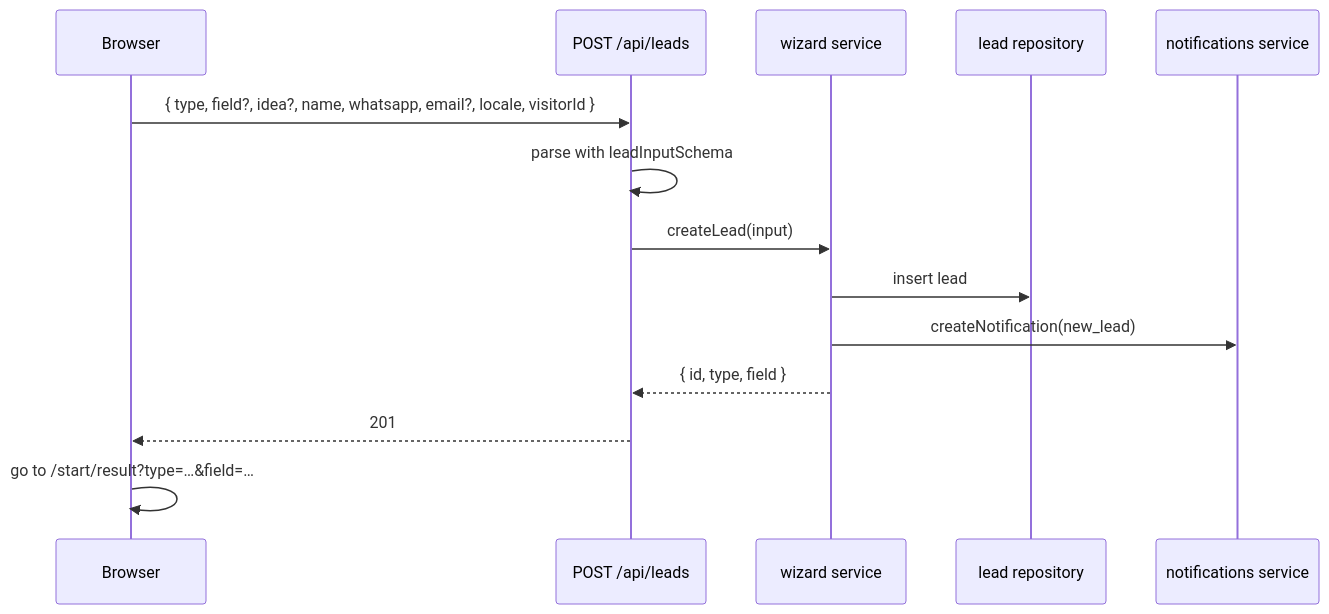
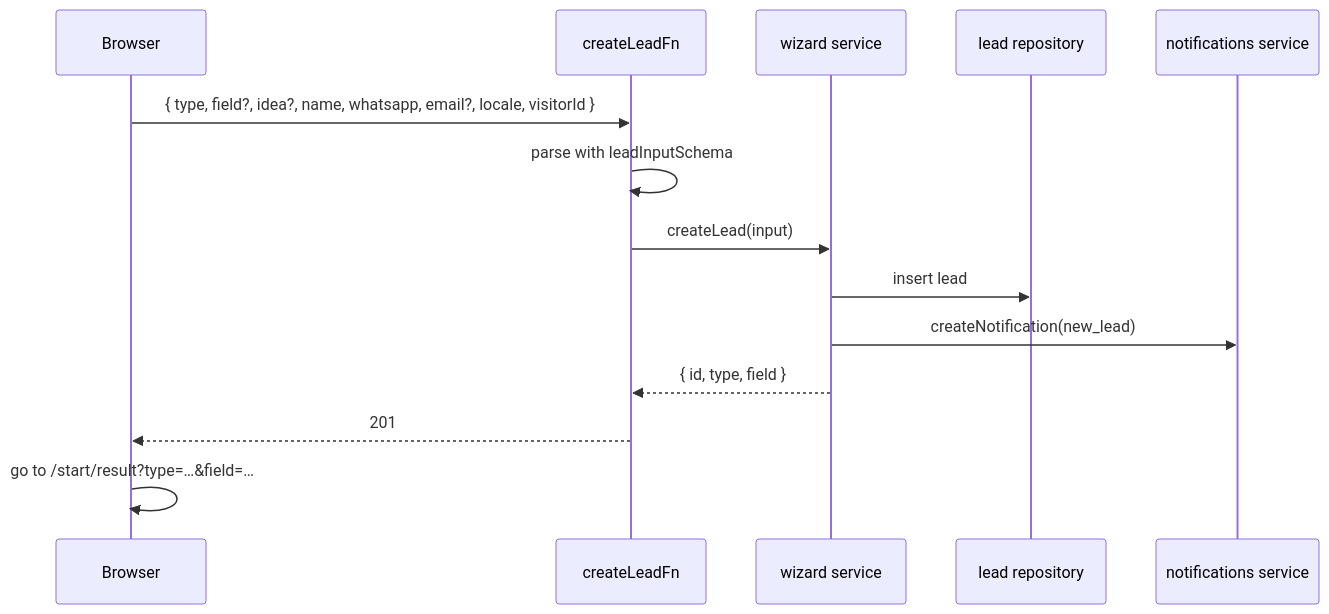
The second of 2 diagrams in docs/features/wizard.md (AhmedElnagarUU/Demmoss), drawn with Mermaid before and after one commit. The commit also changed other lines of this file and 20 other files, not shown here.

````diff
--- a/docs/features/wizard.md
+++ b/docs/features/wizard.md
@@ -63,16 +63,16 @@
 ```mermaid
 sequenceDiagram
   participant B as Browser
-  participant R as POST /api/leads
+  participant R as createLeadFn
   participant S as wizard service
   participant Rep as lead repository
   participant N as notifications service
   B->>R: { type, field?, idea?, name, whatsapp, email?, locale, visitorId }
   R->>R: parse with leadInputSchema
   R->>S: createLead(input)
   S->>Rep: insert lead
   S->>N: createNotification(new_lead)
   S-->>R: { id, type, field }
   R-->>B: 201
   B->>B: go to /start/result?type=…&field=…
 ```
````
